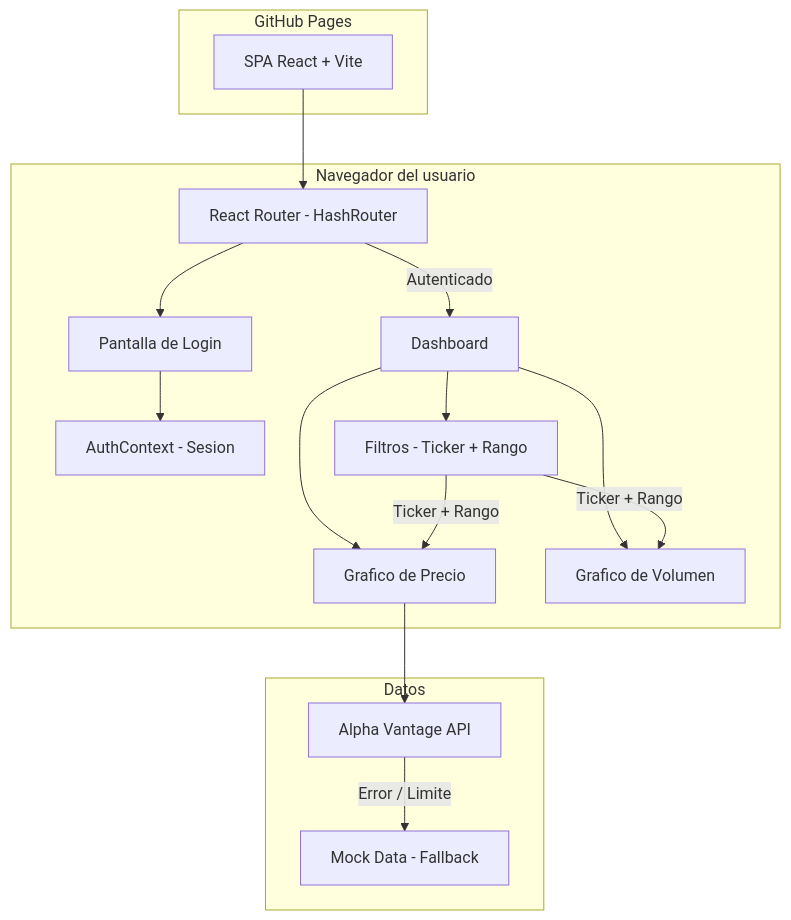
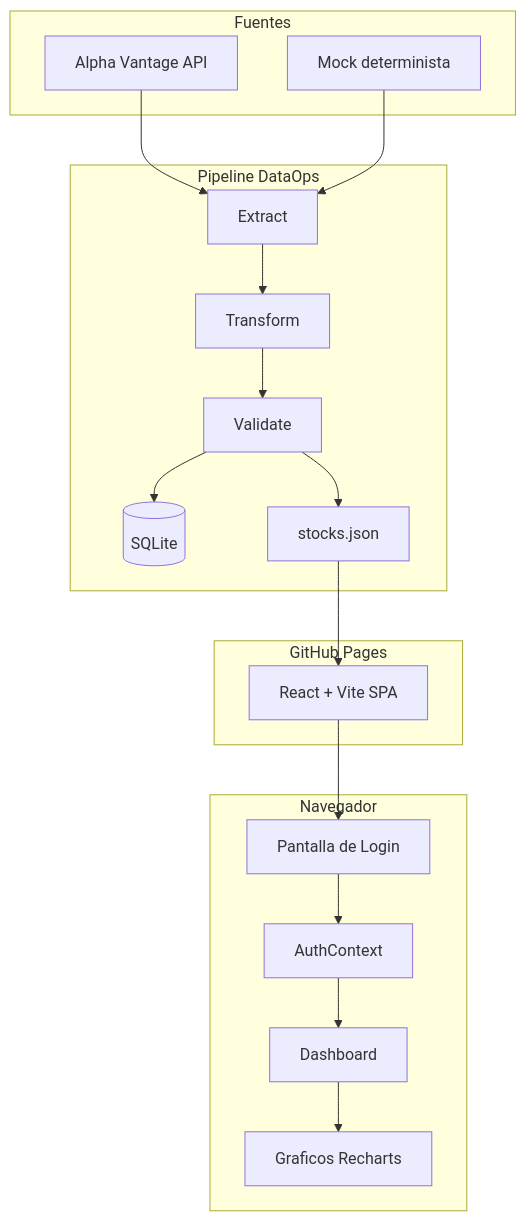
One commit to iperalrobles/VIU_20GIAR_ACTIVIDAD_DATAOPS changed the first of 3 diagrams in ARQUITECTURA.md. Above: the diagram before and after it, drawn with Mermaid. The commit also changed other lines of this file and 2 other files, not shown here.

Commit message:
TICK-23 document DataOps sprint and architecture

````diff
--- a/ARQUITECTURA.md
+++ b/ARQUITECTURA.md
@@ -11,33 +11,38 @@
 ```mermaid
 graph TB
-    subgraph "GitHub Pages"
-        SPA[SPA React + Vite]
+    subgraph "Fuentes"
+        API[Alpha Vantage API]
+        Mock[Mock determinista]
     end
 
-    subgraph "Navegador del usuario"
-        Login[Pantalla de Login]
-        Auth[AuthContext - Sesion]
-        Router[React Router - HashRouter]
-        Dashboard[Dashboard]
-        Filters[Filtros - Ticker + Rango]
-        PriceChart[Grafico de Precio]
-        VolumeChart[Grafico de Volumen]
+    subgraph "Pipeline DataOps"
+        Extract[Extract]
+        Transform[Transform]
+        Validate[Validate]
+        SQLite[(SQLite)]
+        Dataset[stocks.json]
     end
 
-    subgraph "Datos"
-        API[Alpha Vantage API]
-        Mock[Mock Data - Fallback]
+    subgraph "GitHub Pages"
+        SPA[React + Vite SPA]
     end
 
-    SPA --> Router
-    Router --> Login
-    Router -->|Autenticado| Dashboard
+    subgraph "Navegador"
+        Login[Pantalla de Login]
+        Auth[AuthContext]
+        Dashboard[Dashboard]
+        Charts[Graficos Recharts]
+    end
+
+    API --> Extract
+    Mock --> Extract
+    Extract --> Transform
+    Transform --> Validate
+    Validate --> SQLite
+    Validate --> Dataset
+    Dataset --> SPA
+    SPA --> Login
     Login --> Auth
-    Dashboard --> Filters
-    Dashboard --> PriceChart
-    Dashboard --> VolumeChart
-    Filters -->|Ticker + Rango| PriceChart
-    Filters -->|Ticker + Rango| VolumeChart
-    PriceChart --> API
-    API -->|Error / Limite| Mock
+    Auth --> Dashboard
+    Dashboard --> Charts
 ```
````
